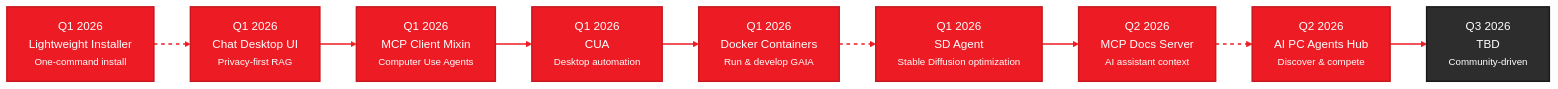
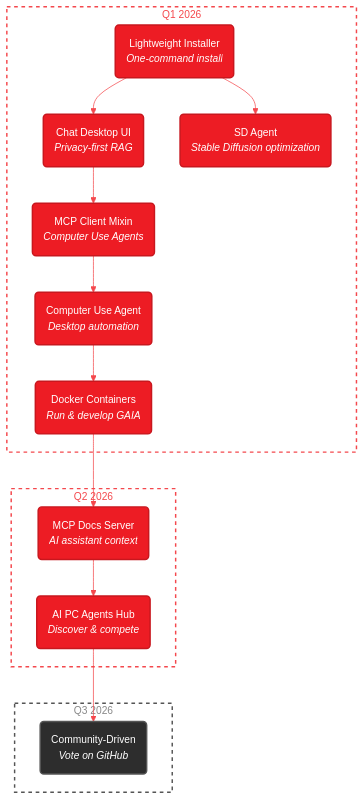
One commit to amd/gaia changed the diagram in docs/roadmap.mdx. Above: the diagram before and after it, drawn with Mermaid. The commit also changed other lines of this file and 44 other files, not shown here.

First line of the commit message:
Add Stable Diffusion Image Generation Support (#287)

````diff
--- a/docs/roadmap.mdx
+++ b/docs/roadmap.mdx
@@ -28,41 +28,44 @@
 ```mermaid
-%%{init: {'theme':'base', 'themeVariables': { 'primaryColor':'#ED1C24', 'primaryTextColor':'#fff', 'primaryBorderColor':'#C8171E', 'lineColor':'#F4484D', 'secondaryColor':'#2d2d2d', 'tertiaryColor':'#f5f5f5', 'fontSize':'16px', 'fontFamily': 'system-ui, -apple-system, sans-serif'}}}%%
-graph LR
-    Q1["Q1 2026<br/>Lightweight Installer<br/><small>One-command install</small>"]
-    Q1B["Q1 2026<br/>Chat Desktop UI<br/><small>Privacy-first RAG</small>"]
-    Q1C["Q1 2026<br/>MCP Client Mixin<br/><small>Computer Use Agents</small>"]
-    Q1D["Q1 2026<br/>CUA<br/><small>Desktop automation</small>"]
-    Q1E["Q1 2026<br/>Docker Containers<br/><small>Run & develop GAIA</small>"]
-    Q1F["Q1 2026<br/>SD Agent<br/><small>Stable Diffusion optimization</small>"]
-    Q2["Q2 2026<br/>MCP Docs Server<br/><small>AI assistant context</small>"]
-    Q2B["Q2 2026<br/>AI PC Agents Hub<br/><small>Discover & compete</small>"]
-    Q3["Q3 2026<br/>TBD<br/><small>Community-driven</small>"]
+%%{init: {'theme':'base', 'themeVariables': { 'primaryColor':'#ED1C24', 'primaryTextColor':'#fff', 'primaryBorderColor':'#C8171E', 'lineColor':'#F4484D', 'secondaryColor':'#2d2d2d', 'tertiaryColor':'#f5f5f5', 'fontSize':'14px', 'fontFamily': 'system-ui, -apple-system, sans-serif'}}}%%
+graph TD
+    subgraph Q1["Q1 2026"]
+        A("Lightweight Installer<br/><i>One-command install</i>")
+        B("Chat Desktop UI<br/><i>Privacy-first RAG</i>")
+        C("MCP Client Mixin<br/><i>Computer Use Agents</i>")
+        C2("Computer Use Agent<br/><i>Desktop automation</i>")
+        D("Docker Containers<br/><i>Run & develop GAIA</i>")
+        E("SD Agent<br/><i>Stable Diffusion optimization</i>")
+    end
 
-    Q1 -.-> Q1B
-    Q1B --> Q1C
-    Q1C --> Q1D
-    Q1D --> Q1E
-    Q1E -.-> Q1F
-    Q1F --> Q2
-    Q2 -.-> Q2B
-    Q2B --> Q3
+    subgraph Q2["Q2 2026"]
+        F("MCP Docs Server<br/><i>AI assistant context</i>")
+        G("AI PC Agents Hub<br/><i>Discover & compete</i>")
+    end
 
-    style Q1 fill:#ED1C24,stroke:#C8171E,stroke-width:2px,color:#fff
-    style Q1B fill:#ED1C24,stroke:#C8171E,stroke-width:2px,color:#fff
-    style Q1C fill:#ED1C24,stroke:#C8171E,stroke-width:2px,color:#fff
-    style Q1D fill:#ED1C24,stroke:#C8171E,stroke-width:2px,color:#fff
-    style Q1E fill:#ED1C24,stroke:#C8171E,stroke-width:2px,color:#fff
-    style Q1F fill:#ED1C24,stroke:#C8171E,stroke-width:2px,color:#fff
-    style Q2 fill:#ED1C24,stroke:#C8171E,stroke-width:2px,color:#fff
-    style Q2B fill:#ED1C24,stroke:#C8171E,stroke-width:2px,color:#fff
-    style Q3 fill:#2d2d2d,stroke:#1a1a1a,stroke-width:2px,color:#fff
+    subgraph Q3["Q3 2026"]
+        H("Community-Driven<br/><i>Vote on GitHub</i>")
+    end
 
-    linkStyle 0 stroke:#ED1C24,stroke-width:2px,stroke-dasharray: 5 5
-    linkStyle 1 stroke:#ED1C24,stroke-width:2px
-    linkStyle 2 stroke:#ED1C24,stroke-width:2px
-    linkStyle 3 stroke:#ED1C24,stroke-width:2px
-    linkStyle 4 stroke:#ED1C24,stroke-width:2px,stroke-dasharray: 5 5
-    linkStyle 5 stroke:#ED1C24,stroke-width:2px
-    linkStyle 6 stroke:#ED1C24,stroke-width:2px,stroke-dasharray: 5 5
-    linkStyle 7 stroke:#ED1C24,stroke-width:2px
+    A --> B
+    A --> E
+    B --> C
+    C --> C2
+    C2 --> D
+    D --> F
+    F --> G
+    G --> H
+
+    style A fill:#ED1C24,stroke:#C8171E,stroke-width:2px,color:#fff
+    style B fill:#ED1C24,stroke:#C8171E,stroke-width:2px,color:#fff
+    style C fill:#ED1C24,stroke:#C8171E,stroke-width:2px,color:#fff
+    style C2 fill:#ED1C24,stroke:#C8171E,stroke-width:2px,color:#fff
+    style D fill:#ED1C24,stroke:#C8171E,stroke-width:2px,color:#fff
+    style E fill:#ED1C24,stroke:#C8171E,stroke-width:2px,color:#fff
+    style F fill:#ED1C24,stroke:#C8171E,stroke-width:2px,color:#fff
+    style G fill:#ED1C24,stroke:#C8171E,stroke-width:2px,color:#fff
+    style H fill:#2d2d2d,stroke:#555,stroke-width:2px,color:#fff
+
+    style Q1 fill:transparent,stroke:#F4484D,stroke-width:2px,stroke-dasharray: 5 5,color:#F4484D
+    style Q2 fill:transparent,stroke:#F4484D,stroke-width:2px,stroke-dasharray: 5 5,color:#F4484D
+    style Q3 fill:transparent,stroke:#555,stroke-width:2px,stroke-dasharray: 5 5,color:#888
 ```
````
